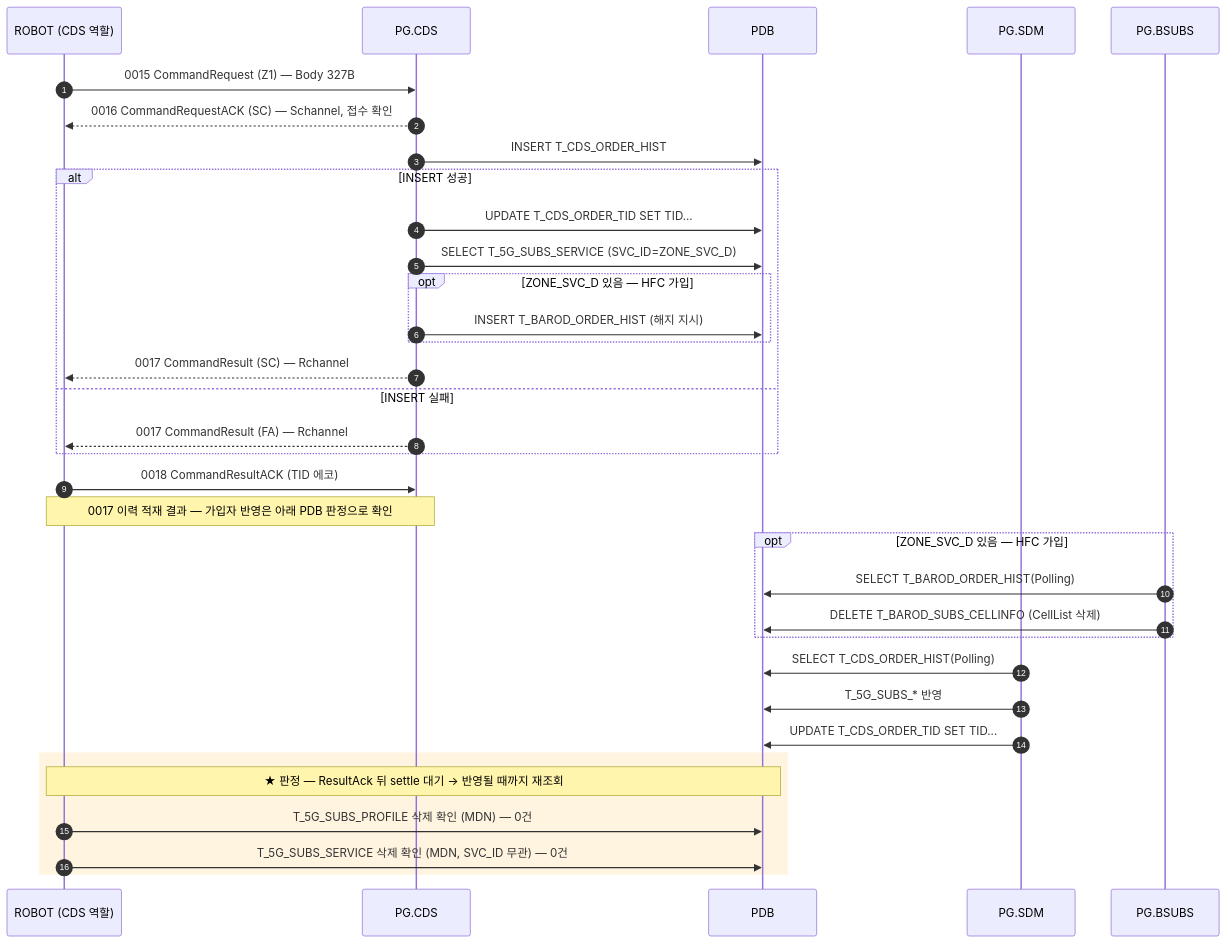
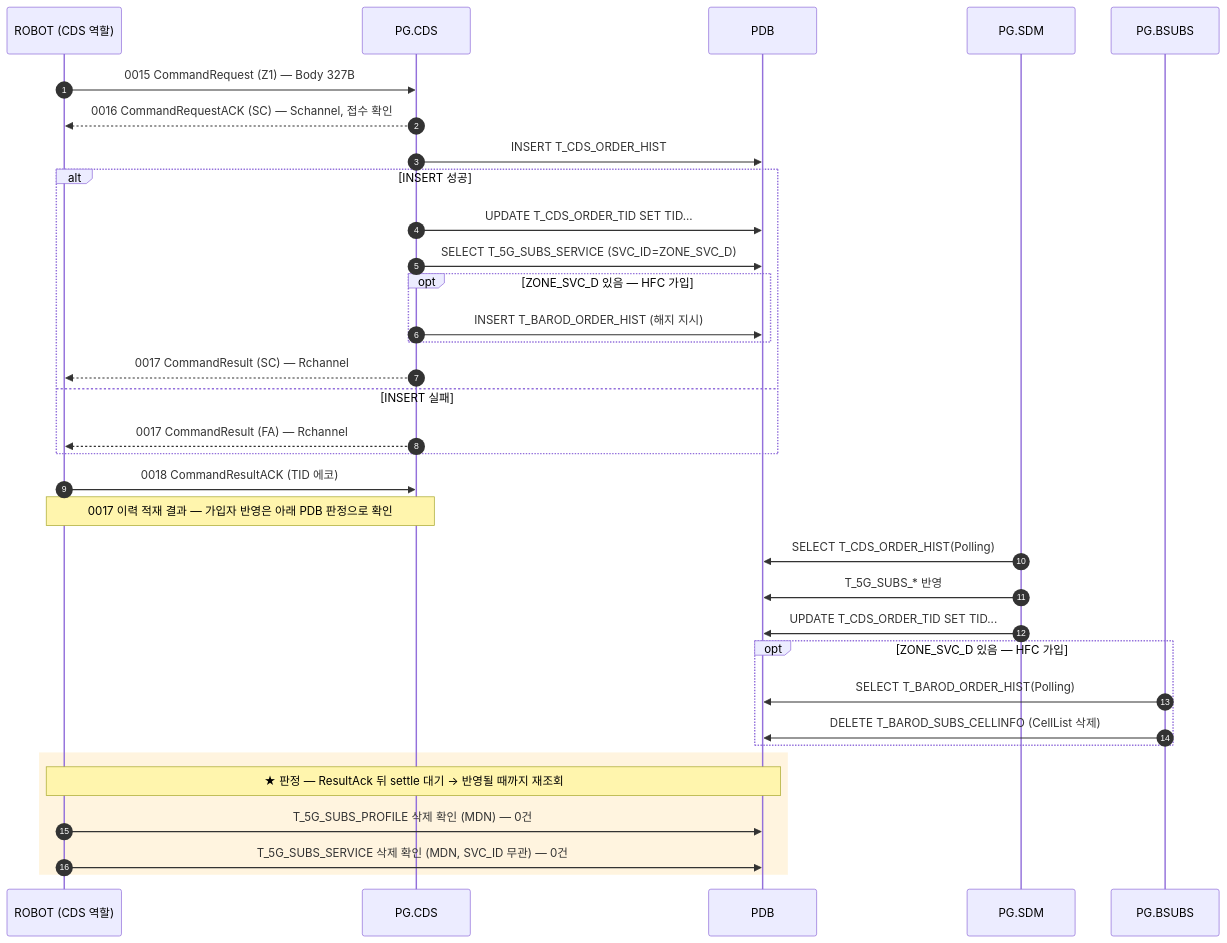
Before and after one commit to IanKim2030/tc4robot: the diagram in docs/callflow/CDS_Z1.md, drawn with Mermaid. The commit also changed other lines of this file and 4 other files, not shown here.

First line of the commit message:
docs(cds): SDM 을 BSUBS 위로, C1/G1 PDB 반영을 실제 SQL 로

````diff
--- a/docs/callflow/CDS_Z1.md
+++ b/docs/callflow/CDS_Z1.md
@@ -17,38 +17,38 @@
 ```mermaid
 sequenceDiagram
     autonumber
     participant TOOL as ROBOT (CDS 역할)
     participant PCDS as PG.CDS
     participant PDB as PDB
     participant SDM as PG.SDM
     participant BSUBS as PG.BSUBS
 
     TOOL->>PCDS: 0015 CommandRequest (Z1) — Body 327B
     PCDS-->>TOOL: 0016 CommandRequestACK (SC) — Schannel, 접수 확인
     PCDS->>PDB: INSERT T_CDS_ORDER_HIST
     alt INSERT 성공
         PCDS->>PDB: UPDATE T_CDS_ORDER_TID SET TID...
         PCDS->>PDB: SELECT T_5G_SUBS_SERVICE (SVC_ID=ZONE_SVC_D)
         opt ZONE_SVC_D 있음 — HFC 가입
             PCDS->>PDB: INSERT T_BAROD_ORDER_HIST (해지 지시)
         end
         PCDS-->>TOOL: 0017 CommandResult (SC) — Rchannel
     else INSERT 실패
         PCDS-->>TOOL: 0017 CommandResult (FA) — Rchannel
     end
     TOOL->>PCDS: 0018 CommandResultACK (TID 에코)
     Note over TOOL,PCDS: 0017 이력 적재 결과 — 가입자 반영은 아래 PDB 판정으로 확인
 
+    SDM->>PDB: SELECT T_CDS_ORDER_HIST(Polling)
+    SDM->>PDB: T_5G_SUBS_* 반영
+    SDM->>PDB: UPDATE T_CDS_ORDER_TID SET TID...
     opt ZONE_SVC_D 있음 — HFC 가입
         BSUBS->>PDB: SELECT T_BAROD_ORDER_HIST(Polling)
         BSUBS->>PDB: DELETE T_BAROD_SUBS_CELLINFO (CellList 삭제)
     end
-    SDM->>PDB: SELECT T_CDS_ORDER_HIST(Polling)
-    SDM->>PDB: T_5G_SUBS_* 반영
-    SDM->>PDB: UPDATE T_CDS_ORDER_TID SET TID...
     rect rgba(255, 176, 32, 0.14)
     Note over TOOL,PDB: ★ 판정 — ResultAck 뒤 settle 대기 → 반영될 때까지 재조회
         TOOL->>PDB: T_5G_SUBS_PROFILE 삭제 확인 (MDN) — 0건
         TOOL->>PDB: T_5G_SUBS_SERVICE 삭제 확인 (MDN, SVC_ID 무관) — 0건
     end
 ```
````
